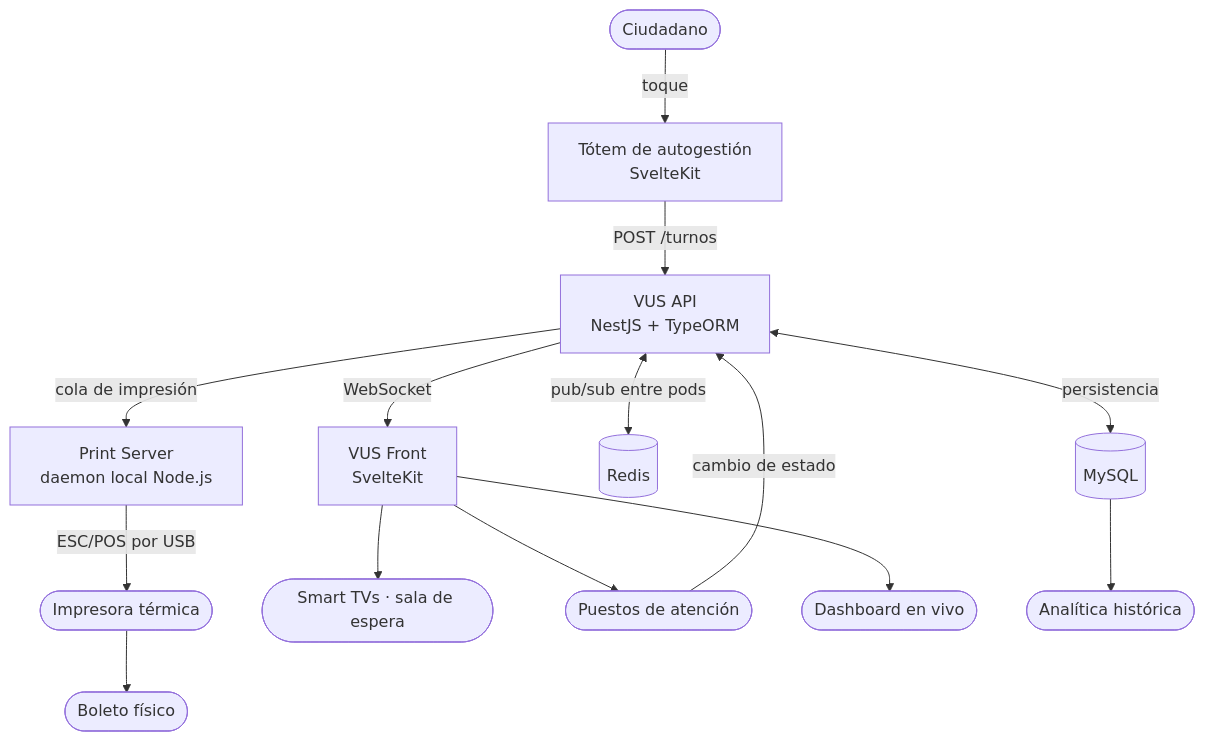
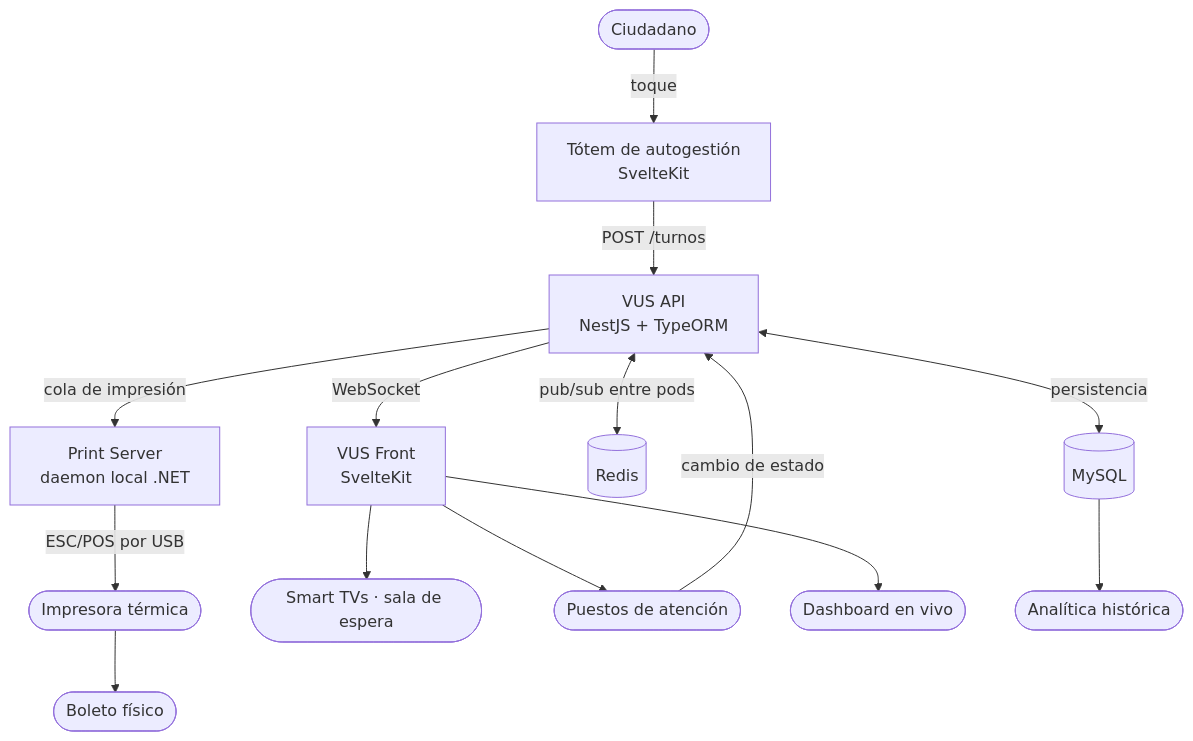
Before and after one commit to Brianleft28/brianleft-portfolio: the diagram in client/src/lib/data/memory/projects/vus.md, drawn with Mermaid. The commit also changed other lines of this file and 10 other files, not shown here.

````diff
--- a/client/src/lib/data/memory/projects/vus.md
+++ b/client/src/lib/data/memory/projects/vus.md
@@ -20,19 +20,19 @@
 ```mermaid
 flowchart TD
     C([Ciudadano]) -->|toque| T[Tótem de autogestión<br/>SvelteKit]
     T -->|POST /turnos| API[VUS API<br/>NestJS + TypeORM]
-    API -->|cola de impresión| PS[Print Server<br/>daemon local Node.js]
+    API -->|cola de impresión| PS[Print Server<br/>daemon local .NET]
     PS -->|ESC/POS por USB| PR([Impresora térmica])
     PR --> B([Boleto físico])
 
     API <-->|persistencia| DB[(MySQL)]
     API <-->|pub/sub entre pods| R[(Redis)]
     API -->|WebSocket| F[VUS Front<br/>SvelteKit]
 
     F --> TV([Smart TVs · sala de espera])
     F --> BOX([Puestos de atención])
     F --> DASH([Dashboard en vivo])
 
     BOX -->|cambio de estado| API
     DB --> AN([Analítica histórica])
 ```
````
